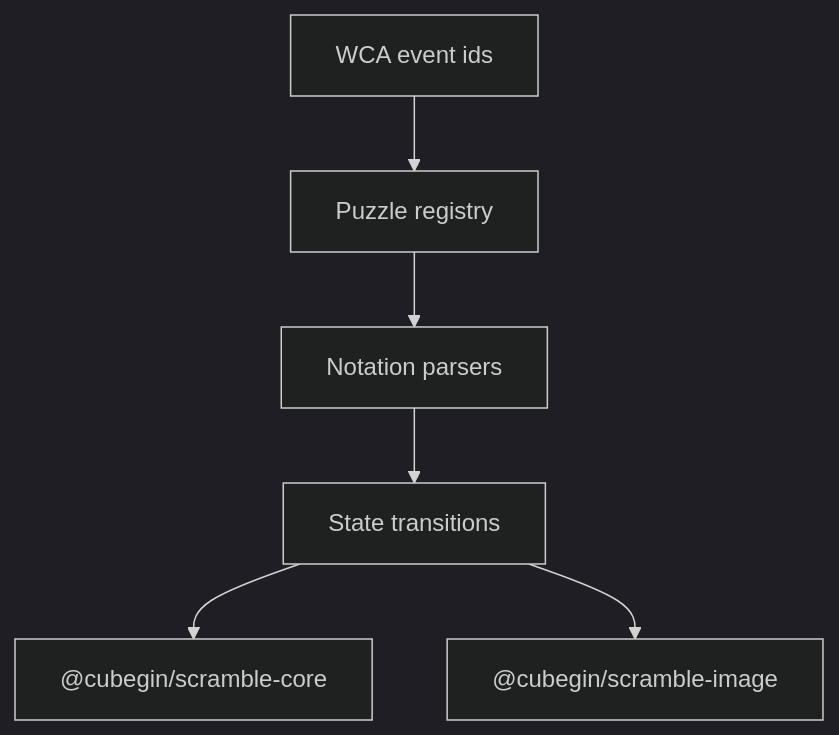
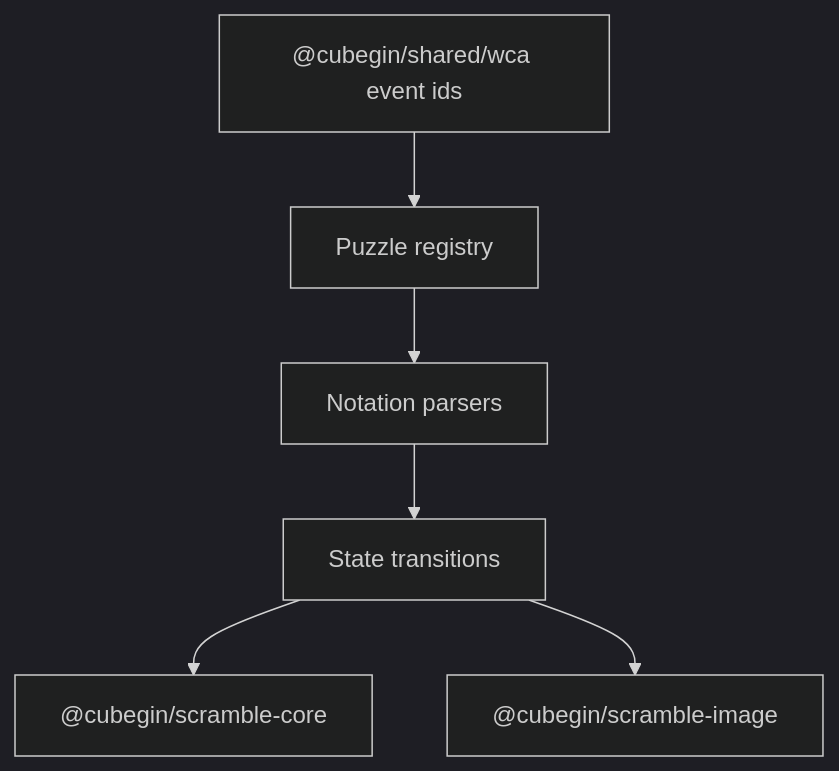
The diagram in docs/packages/scramble-puzzle/index.md (deweyou/cube-kit), drawn with Mermaid (dark theme) before and after one commit. The commit also changed other lines of this file and 67 other files, not shown here.

````diff
--- a/docs/packages/scramble-puzzle/index.md
+++ b/docs/packages/scramble-puzzle/index.md
@@ -3,8 +3,8 @@
 ```mermaid
 flowchart TD
-    Events["WCA event ids"] --> Registry["Puzzle registry"]
+    Events["@cubegin/shared/wca event ids"] --> Registry["Puzzle registry"]
     Registry --> Parsers["Notation parsers"]
     Parsers --> States["State transitions"]
     States --> Core["@cubegin/scramble-core"]
     States --> Image["@cubegin/scramble-image"]
 ```
````
